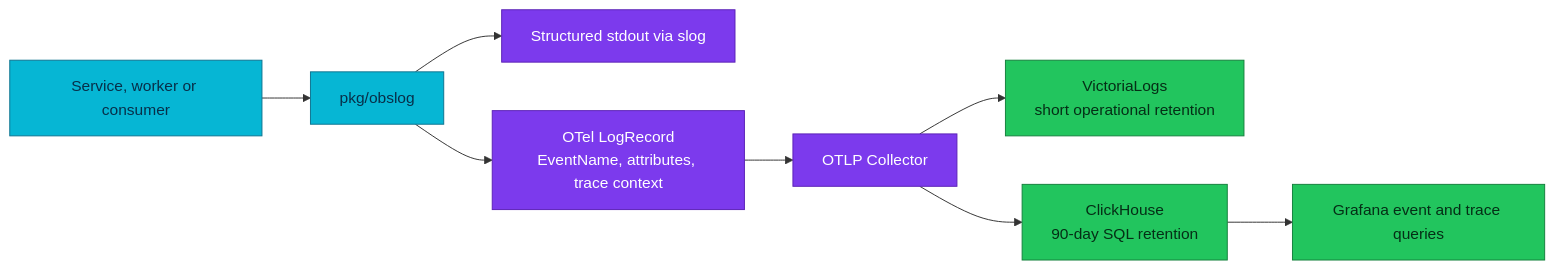
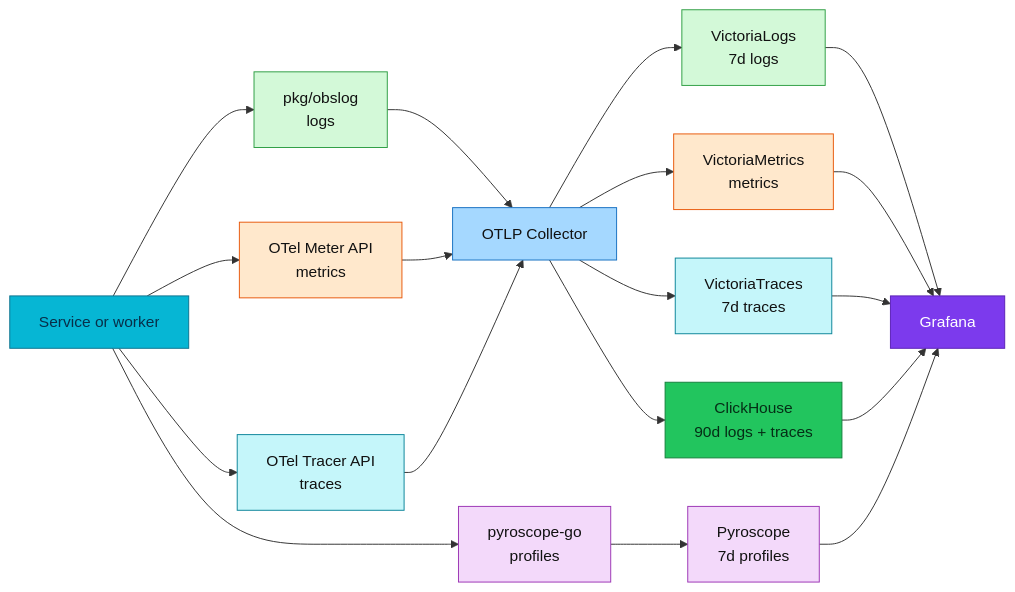
One commit to duynhlab/homelab changed the diagram in docs/proposals/rfc/RFC-0031/README.md. Above: the diagram before and after it, drawn with Mermaid. The commit also changed other lines of this file and 6 other files, not shown here.

```diff
--- a/docs/proposals/rfc/RFC-0031/README.md
+++ b/docs/proposals/rfc/RFC-0031/README.md
@@ -99,16 +132,36 @@
 ~~~mermaid
 flowchart LR
-    A["Service, worker or consumer"] --> B["pkg/obslog"]
-    B --> C["Structured stdout via slog"]
-    B --> D["OTel LogRecord<br/>EventName, attributes, trace context"]
-    D --> E["OTLP Collector"]
-    E --> F["VictoriaLogs<br/>short operational retention"]
-    E --> G["ClickHouse<br/>90-day SQL retention"]
-    G --> H["Grafana event and trace queries"]
+    A["Service or worker"] --> L["pkg/obslog<br/>logs"]
+    A --> M["OTel Meter API<br/>metrics"]
+    A --> T["OTel Tracer API<br/>traces"]
+    A --> P["pyroscope-go<br/>profiles"]
+    L --> O["OTLP Collector"]
+    M --> O
+    T --> O
+    O --> VL["VictoriaLogs<br/>7d logs"]
+    O --> VM["VictoriaMetrics<br/>metrics"]
+    O --> VT["VictoriaTraces<br/>7d traces"]
+    O --> CH["ClickHouse<br/>90d logs + traces"]
+    P --> PY["Pyroscope<br/>7d profiles"]
+    VL --> G["Grafana"]
+    VM --> G
+    VT --> G
+    CH --> G
+    PY --> G
     classDef service fill:#06b6d4,color:#082f49,stroke:#0e7490;
+    classDef collector fill:#a5d8ff,color:#111,stroke:#1971c2;
     classDef platform fill:#7c3aed,color:#fff,stroke:#5b21b6;
     classDef data fill:#22c55e,color:#052e16,stroke:#15803d;
-    class A,B service;
-    class C,D,E platform;
-    class F,G,H data;
+    classDef metric fill:#ffe8cc,color:#111,stroke:#e8590c;
+    classDef log fill:#d3f9d8,color:#111,stroke:#2f9e44;
+    classDef trace fill:#c5f6fa,color:#111,stroke:#0c8599;
+    classDef profile fill:#f3d9fa,color:#111,stroke:#9c36b5;
+    class A service;
+    class O collector;
+    class G platform;
+    class CH data;
+    class L,VL log;
+    class M,VM metric;
+    class T,VT trace;
+    class P,PY profile;
 ~~~
```
